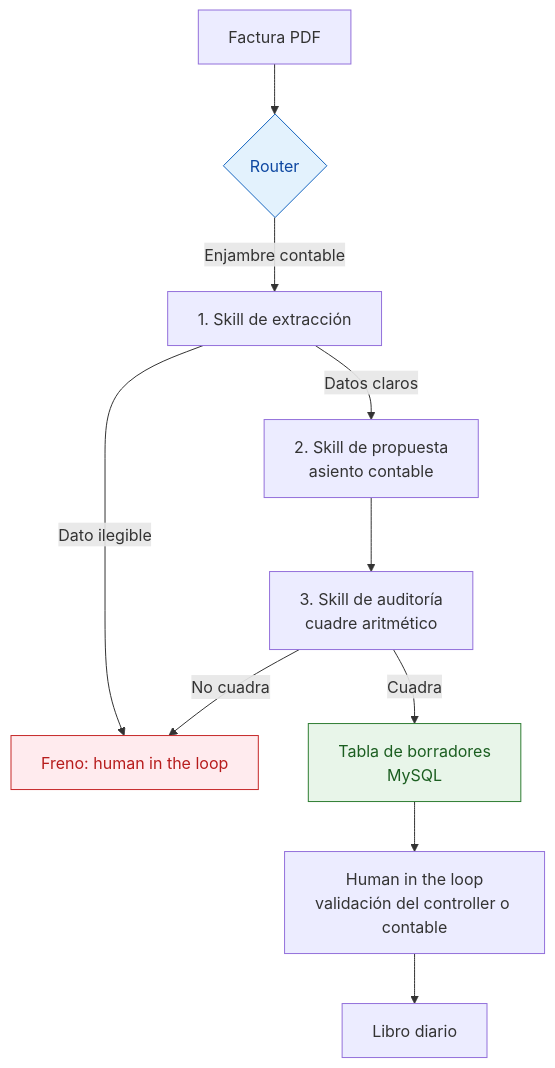
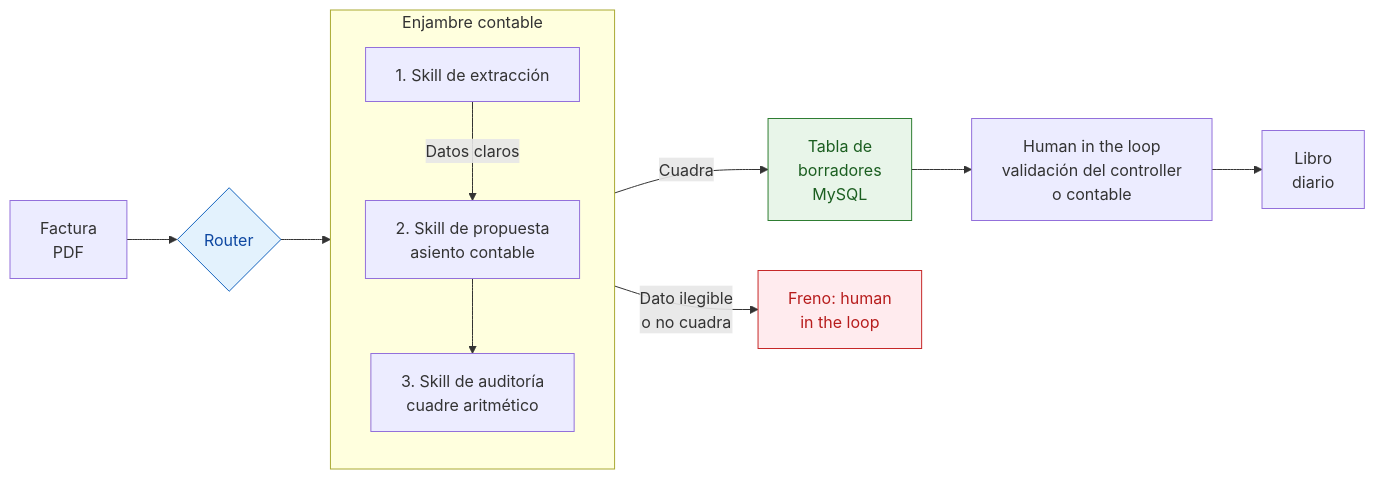
The second of 3 diagrams in README.md (jleonceo/portfolio-juan-luis), drawn with Mermaid before and after one commit. The commit also changed other lines of this file and 1 other file, not shown here.

First line of the commit message:
Esquemas: la factura y el análisis de datos pasan a horizontal

````diff
--- a/README.md
+++ b/README.md
@@ -57,16 +57,18 @@
 ```mermaid
-flowchart TD
-    A[Factura PDF] --> B{Router}
-    B -->|Enjambre contable| C[1. Skill de extracción]
-    C -->|Dato ilegible| D[Freno: human in the loop]
-    C -->|Datos claros| E[2. Skill de propuesta<br/>asiento contable]
-    E --> F[3. Skill de auditoría<br/>cuadre aritmético]
-    F -->|No cuadra| D
-    F -->|Cuadra| G[Tabla de borradores<br/>MySQL]
-    G --> H[Human in the loop<br/>validación del controller o contable]
-    H --> I[Libro diario]
+flowchart LR
+    A[Factura<br/>PDF] --> B{Router}
+    B --> SG
+    subgraph SG[Enjambre contable]
+        direction TB
+        C[1. Skill de extracción] -->|Datos claros| E[2. Skill de propuesta<br/>asiento contable]
+        E --> F[3. Skill de auditoría<br/>cuadre aritmético]
+    end
+    SG -->|Cuadra| G[Tabla de<br/>borradores<br/>MySQL]
+    SG -->|Dato ilegible<br/>o no cuadra| D[Freno: human<br/>in the loop]
+    G --> H[Human in the loop<br/>validación del controller<br/>o contable]
+    H --> I[Libro<br/>diario]
 
     style D fill:#ffebee,stroke:#c62828,color:#b71c1c
     style G fill:#e8f5e9,stroke:#2e7d32,color:#1b5e20
     style B fill:#e3f2fd,stroke:#1565c0,color:#0d47a1
 ```
````
